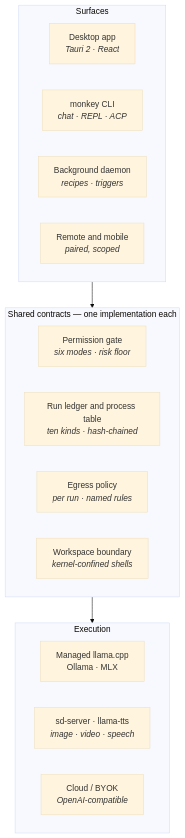
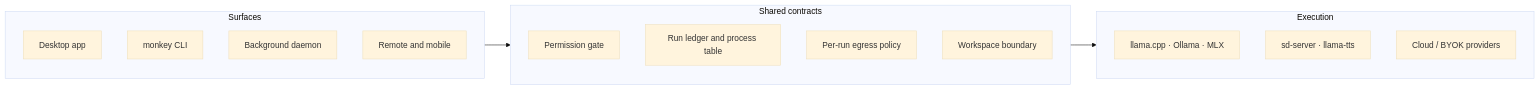
Before and after one commit to AA-Box/little-monkey: the diagram in README.md, drawn with Mermaid (base theme).

Commit message:
docs(readme): fix the diagram GitHub actually renders
GitHub's mermaid ignores <br/> and <i> in node labels, so each two-line label rendered as one run-on string, and direction LR inside a subgraph is overridden when the subgraph is itself an edge endpoint.

````diff
--- a/README.md
+++ b/README.md
@@ -30,27 +30,24 @@
 ```mermaid
-flowchart TB
+flowchart LR
     subgraph S["Surfaces"]
-        direction LR
-        D["Desktop app<br/><i>Tauri 2 · React</i>"]
-        C["monkey CLI<br/><i>chat · REPL · ACP</i>"]
-        B["Background daemon<br/><i>recipes · triggers</i>"]
-        R["Remote and mobile<br/><i>paired, scoped</i>"]
+        D["Desktop app"]
+        C["monkey CLI"]
+        B["Background daemon"]
+        R["Remote and mobile"]
     end
 
-    subgraph K["Shared contracts — one implementation each"]
-        direction LR
-        P["Permission gate<br/><i>six modes · risk floor</i>"]
-        L["Run ledger and process table<br/><i>ten kinds · hash-chained</i>"]
-        E["Egress policy<br/><i>per run · named rules</i>"]
-        W["Workspace boundary<br/><i>kernel-confined shells</i>"]
+    subgraph K["Shared contracts"]
+        P["Permission gate"]
+        L["Run ledger and process table"]
+        E["Per-run egress policy"]
+        W["Workspace boundary"]
     end
 
     subgraph X["Execution"]
-        direction LR
-        M["Managed llama.cpp<br/>Ollama · MLX"]
-        G["sd-server · llama-tts<br/><i>image · video · speech</i>"]
-        V["Cloud / BYOK<br/><i>OpenAI-compatible</i>"]
+        M["llama.cpp · Ollama · MLX"]
+        G["sd-server · llama-tts"]
+        V["Cloud / BYOK providers"]
     end
 
     S --> K --> X
 ```
````
